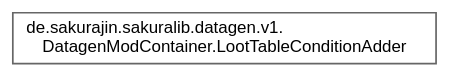
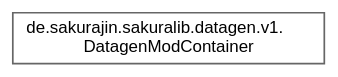
The diagram in inherit_graph_8.dot (noah1510/sakura-lib), drawn with Graphviz before and after one commit. The commit also changed 146 other files, not shown here.

```diff
--- a/inherit_graph_8.dot
+++ b/inherit_graph_8.dot
@@ -1,9 +1,9 @@
 digraph "Graphical Class Hierarchy"
 {
  // LATEX_PDF_SIZE
   bgcolor="transparent";
   edge [fontname=Helvetica,fontsize=10,labelfontname=Helvetica,labelfontsize=10];
   node [fontname=Helvetica,fontsize=10,shape=box,height=0.2,width=0.4];
   rankdir="LR";
-  Node0 [label="de.sakurajin.sakuralib.datagen.v1.\lDatagenModContainer.LootTableConditionAdder",height=0.2,width=0.4,color="grey40", fillcolor="white", style="filled",URL="$interfacede_1_1sakurajin_1_1sakuralib_1_1datagen_1_1v1_1_1DatagenModContainer_1_1LootTableConditionAdder.html",tooltip=" "];
+  Node0 [label="de.sakurajin.sakuralib.datagen.v1.\lDatagenModContainer",height=0.2,width=0.4,color="grey40", fillcolor="white", style="filled",URL="$classde_1_1sakurajin_1_1sakuralib_1_1datagen_1_1v1_1_1DatagenModContainer.html",tooltip=" "];
 }
```
